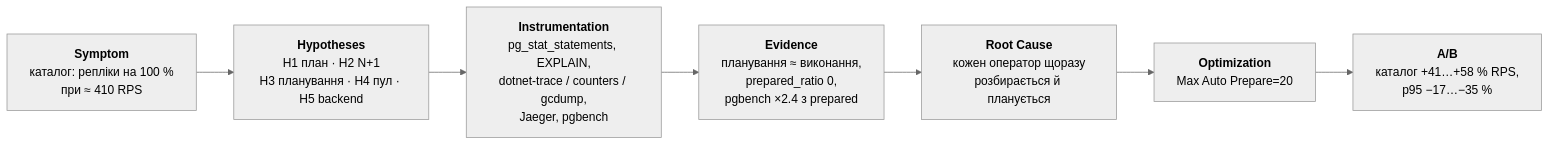
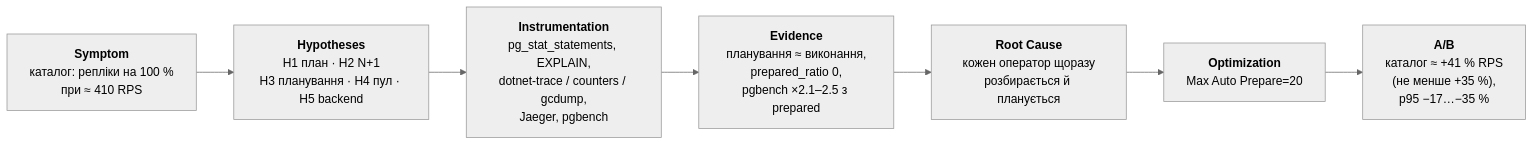
Diagram 29 of 30 in README.md (totalbyte/highload-system-practice), drawn with Mermaid (neutral theme) before and after one commit. The commit also changed other lines of this file and 59 other files, not shown here.

````diff
--- a/README.md
+++ b/README.md
@@ -2353,9 +2353,9 @@
 ```mermaid
 flowchart LR
     S["<b>Symptom</b><br/>каталог: репліки на 100 %<br/>при ≈ 410 RPS"] --> H["<b>Hypotheses</b><br/>H1 план · H2 N+1<br/>H3 планування · H4 пул · H5 backend"]
     H --> I["<b>Instrumentation</b><br/>pg_stat_statements, EXPLAIN,<br/>dotnet-trace / counters / gcdump,<br/>Jaeger, pgbench"]
-    I --> E["<b>Evidence</b><br/>планування ≈ виконання,<br/>prepared_ratio 0,<br/>pgbench ×2.4 з prepared"]
+    I --> E["<b>Evidence</b><br/>планування ≈ виконання,<br/>prepared_ratio 0,<br/>pgbench ×2.1–2.5 з prepared"]
     E --> R["<b>Root Cause</b><br/>кожен оператор щоразу<br/>розбирається й планується"]
     R --> O["<b>Optimization</b><br/>Max Auto Prepare=20"]
-    O --> V["<b>A/B</b><br/>каталог +41…+58 % RPS,<br/>p95 −17…−35 %"]
+    O --> V["<b>A/B</b><br/>каталог ≈ +41 % RPS<br/>(не менше +35 %),<br/>p95 −17…−35 %"]
 ```
````
